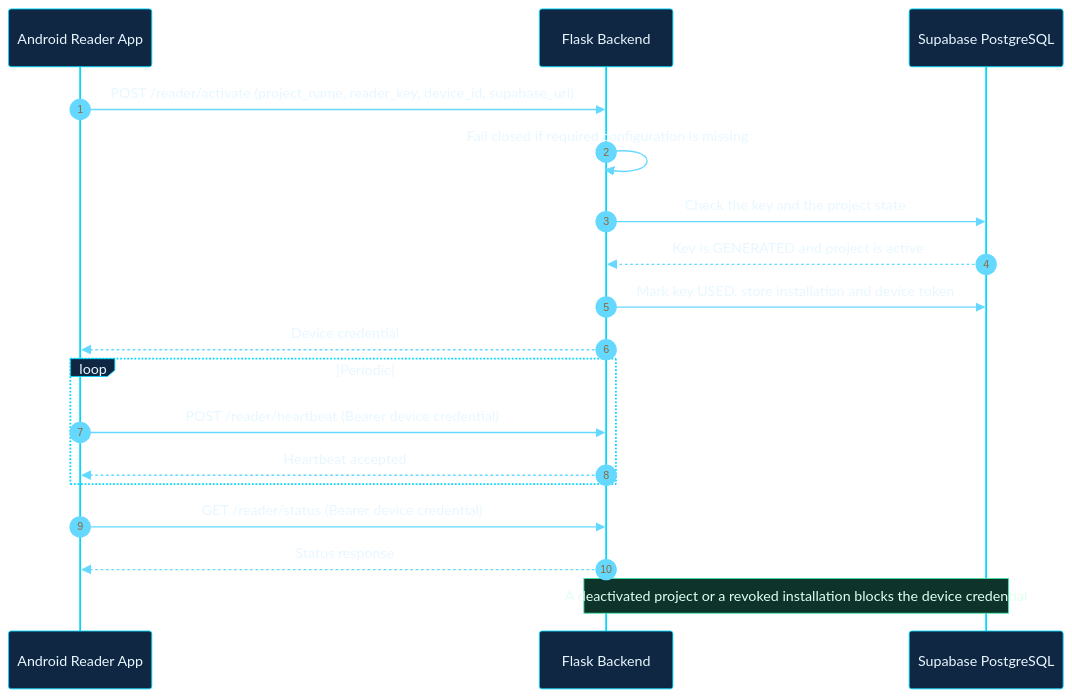
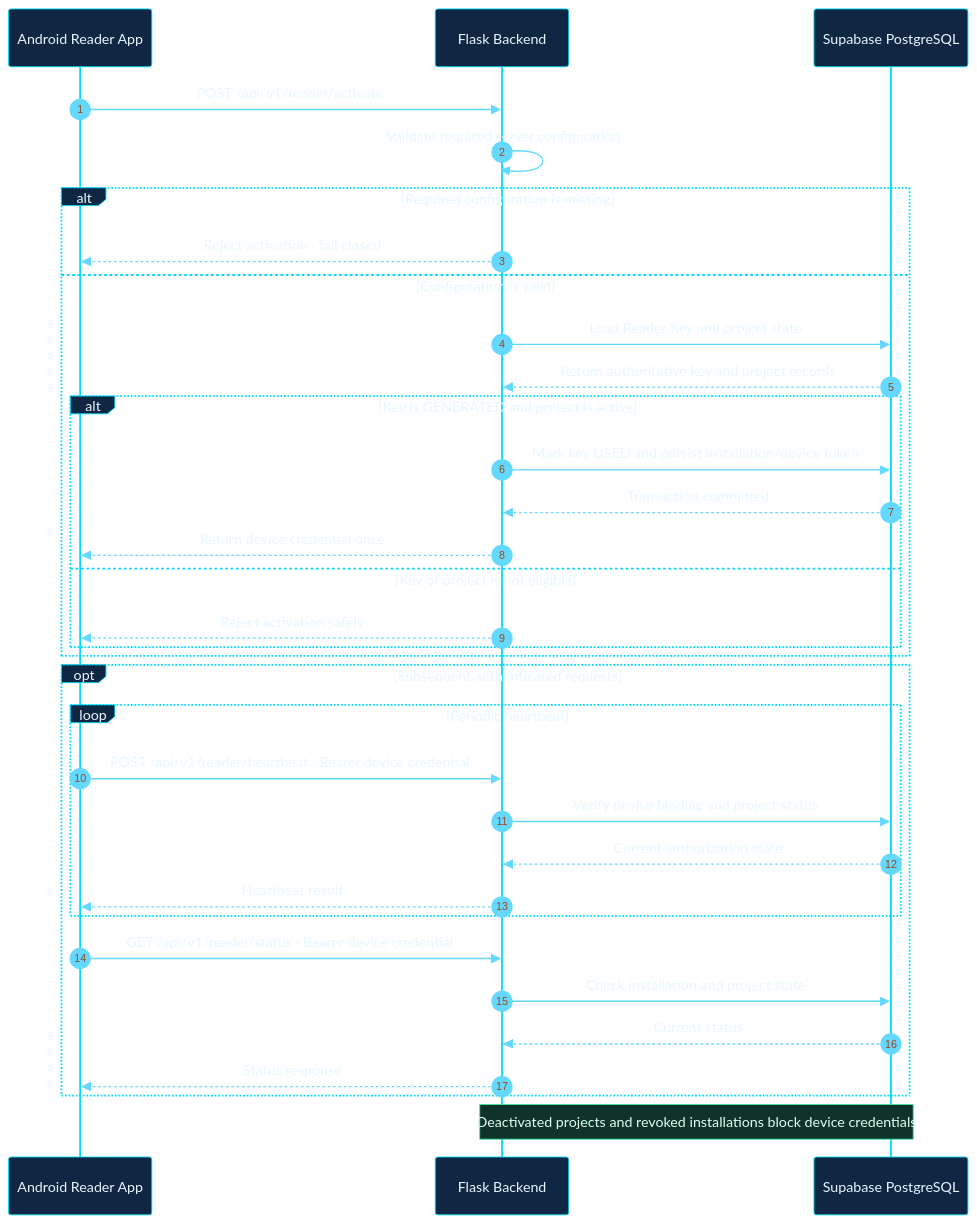
One commit to shajeduzzamanenan992008inc/NexOra-Database-key-Gen changed diagram 15 of 23 in README.md. Above: the diagram before and after it, drawn with Mermaid. The commit also changed other lines of this file, not shown here.

````diff
--- a/README.md
+++ b/README.md
@@ -1214,21 +1215,38 @@
 ```mermaid
-%%{init: {"theme":"base","themeVariables":{"darkMode":true,"background":"#07111f","primaryColor":"#102744","primaryTextColor":"#e8f7ff","primaryBorderColor":"#00d9ff","lineColor":"#7297c8","secondaryColor":"#261d45","secondaryTextColor":"#f3eaff","secondaryBorderColor":"#a78bfa","tertiaryColor":"#12332b","tertiaryTextColor":"#e0fff1","tertiaryBorderColor":"#41e6a2","fontFamily":"Inter, Segoe UI, sans-serif","edgeLabelBackground":"#101d34","mainBkg":"#102744","nodeBorder":"#00d9ff","clusterBkg":"#0b1930","clusterBorder":"#6f7dff","actorBkg":"#102744","actorBorder":"#00d9ff","actorTextColor":"#e8f7ff","signalColor":"#64d8ff","signalTextColor":"#e8f7ff","noteBkgColor":"#0e332b","noteBorderColor":"#41e6a2","noteTextColor":"#e0fff1"}}}%%
+%%{init: {"theme":"base","themeVariables":{"darkMode":true,"background":"#07111f","primaryColor":"#102744","primaryTextColor":"#e8f7ff","primaryBorderColor":"#00d9ff","lineColor":"#62b9e8","secondaryColor":"#261d45","secondaryTextColor":"#f3eaff","secondaryBorderColor":"#a78bfa","tertiaryColor":"#12332b","tertiaryTextColor":"#e0fff1","tertiaryBorderColor":"#41e6a2","fontFamily":"Inter, Segoe UI, sans-serif","fontSize":"14px","edgeLabelBackground":"#101d34","mainBkg":"#102744","nodeBorder":"#00d9ff","clusterBkg":"#0b1930","clusterBorder":"#6f7dff","actorBkg":"#102744","actorBorder":"#00d9ff","actorTextColor":"#e8f7ff","signalColor":"#64d8ff","signalTextColor":"#e8f7ff","noteBkgColor":"#0e332b","noteBorderColor":"#41e6a2","noteTextColor":"#e0fff1"}}}%%
 sequenceDiagram
     autonumber
     participant R as Android Reader App
     participant API as Flask Backend
     participant DB as Supabase PostgreSQL
-    R->>API: POST /reader/activate (project_name, reader_key, device_id, supabase_url)
-    API->>API: Fail closed if required configuration is missing
-    API->>DB: Check the key and the project state
-    DB-->>API: Key is GENERATED and project is active
-    API->>DB: Mark key USED, store installation and device token
-    API-->>R: Device credential
-    loop Periodic
-        R->>API: POST /reader/heartbeat (Bearer device credential)
-        API-->>R: Heartbeat accepted
+
+    R->>API: POST /api/v1/reader/activate
+    API->>API: Validate required server configuration
+    alt Required configuration is missing
+        API-->>R: Reject activation · fail closed
+    else Configuration is valid
+        API->>DB: Load Reader Key and project state
+        DB-->>API: Return authoritative key and project records
+        alt Key is GENERATED and project is active
+            API->>DB: Mark key USED and persist installation/device token
+            DB-->>API: Transaction committed
+            API-->>R: Return device credential once
+        else Key or project is not eligible
+            API-->>R: Reject activation safely
+        end
     end
-    R->>API: GET /reader/status (Bearer device credential)
-    API-->>R: Status response
-    Note over API,DB: A deactivated project or a revoked installation blocks the device credential
+
+    opt Subsequent authenticated requests
+        loop Periodic heartbeat
+            R->>API: POST /api/v1/reader/heartbeat · Bearer device credential
+            API->>DB: Verify device binding and project status
+            DB-->>API: Current authorization state
+            API-->>R: Heartbeat result
+        end
+        R->>API: GET /api/v1/reader/status · Bearer device credential
+        API->>DB: Check installation and project state
+        DB-->>API: Current status
+        API-->>R: Status response
+    end
+    Note over API,DB: Deactivated projects and revoked installations block device credentials
 ```
````
